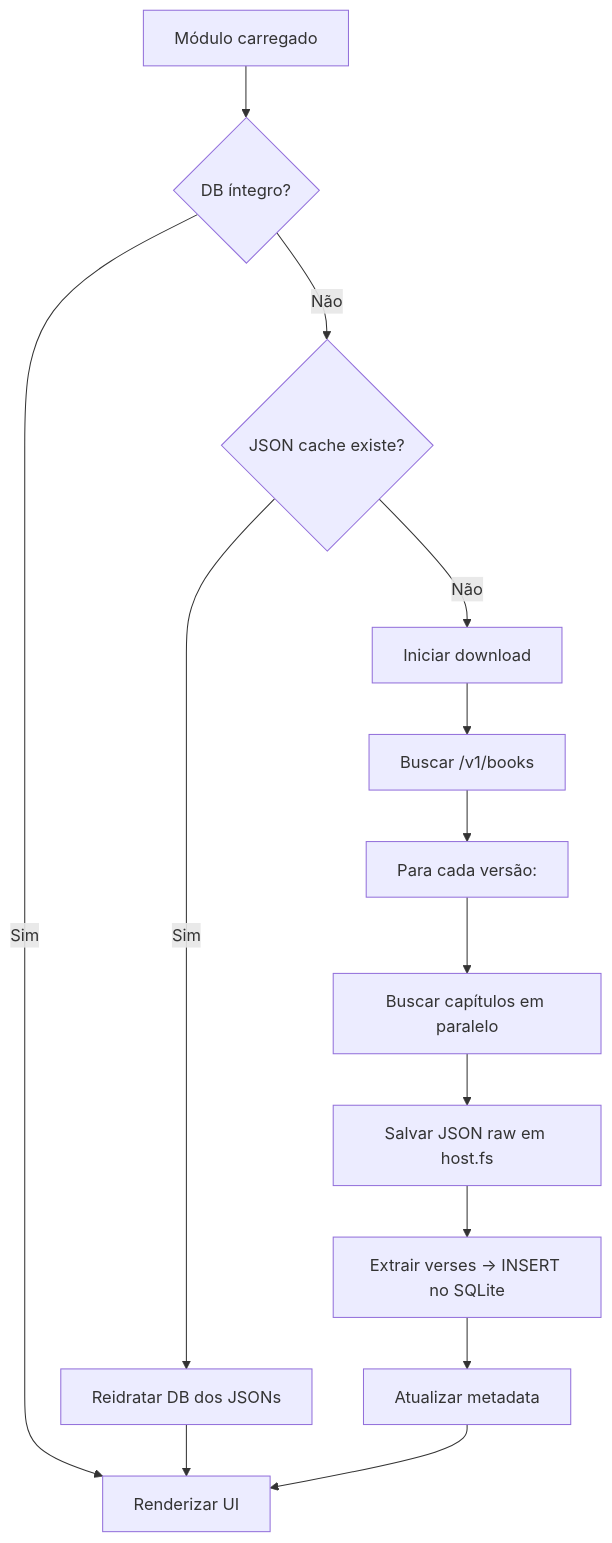
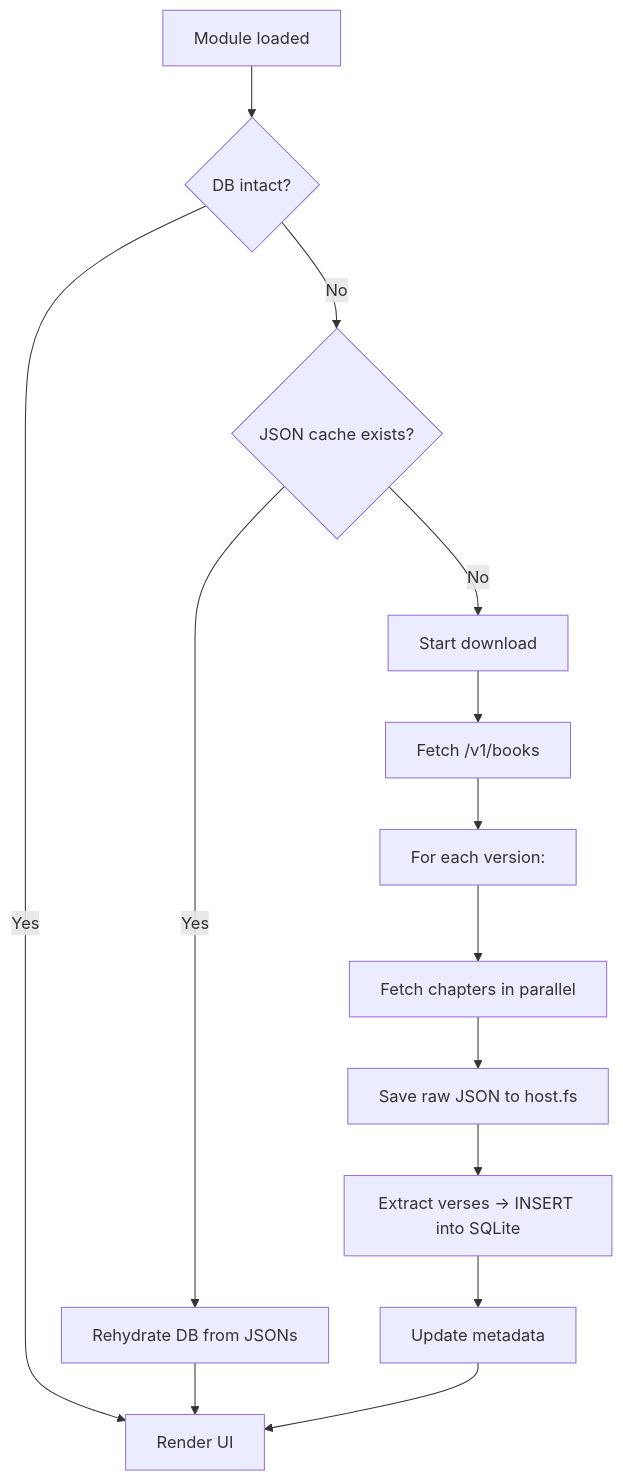
Before and after one commit to Lumen-media/bible-module: the diagram in docs/architecture.md, drawn with Mermaid. The commit also changed other lines of this file and 1 other file, not shown here.

First line of the commit message:
docs: translate architecture.md to English

````diff
--- a/docs/architecture.md
+++ b/docs/architecture.md
@@ -332,16 +389,16 @@
 ```mermaid
 flowchart TD
-    A[Módulo carregado] --> B{DB íntegro?}
-    B -->|Não| C{JSON cache existe?}
-    B -->|Sim| G[Renderizar UI]
-    C -->|Sim| D[Reidratar DB dos JSONs]
-    C -->|Não| E[Iniciar download]
+    A[Module loaded] --> B{DB intact?}
+    B -->|No| C{JSON cache exists?}
+    B -->|Yes| G[Render UI]
+    C -->|Yes| D[Rehydrate DB from JSONs]
+    C -->|No| E[Start download]
     D --> G
-    E --> F[Buscar /v1/books]
-    F --> H[Para cada versão:]
-    H --> I[Buscar capítulos em paralelo]
-    I --> J[Salvar JSON raw em host.fs]
-    J --> K[Extrair verses → INSERT no SQLite]
-    K --> L[Atualizar metadata]
+    E --> F[Fetch /v1/books]
+    F --> H[For each version:]
+    H --> I[Fetch chapters in parallel]
+    I --> J[Save raw JSON to host.fs]
+    J --> K[Extract verses → INSERT into SQLite]
+    K --> L[Update metadata]
     L --> G
 ```
````
